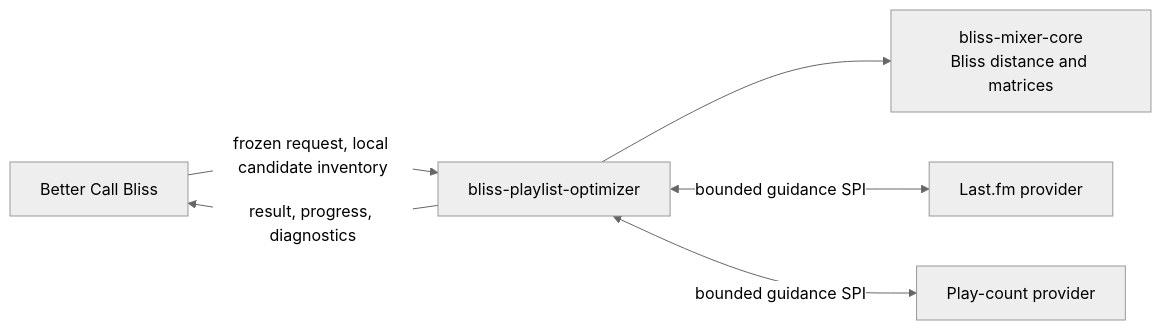
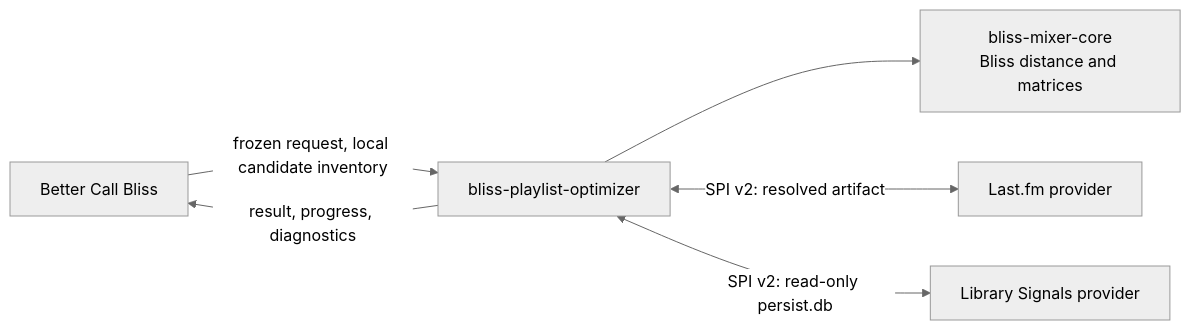
One commit to chrober/bliss-playlist-optimizer changed the diagram in README.md. Above: the diagram before and after it, drawn with Mermaid (neutral theme). The commit also changed other lines of this file, not shown here.

Commit message:
docs: document current guidance status

````diff
--- a/README.md
+++ b/README.md
@@ -26,8 +37,8 @@
 ```mermaid
 flowchart LR
     B[Better Call Bliss] -->|frozen request, local candidate inventory| O[bliss-playlist-optimizer]
     O --> C[bliss-mixer-core\nBliss distance and matrices]
-    O <-->|bounded guidance SPI| L[Last.fm provider]
-    O <-->|bounded guidance SPI| P[Play-count provider]
+    O <-->|SPI v2: resolved artifact| L[Last.fm provider]
+    O <-->|SPI v2: read-only persist.db| P[Library Signals provider]
     O -->|result, progress, diagnostics| B
 ```
````
